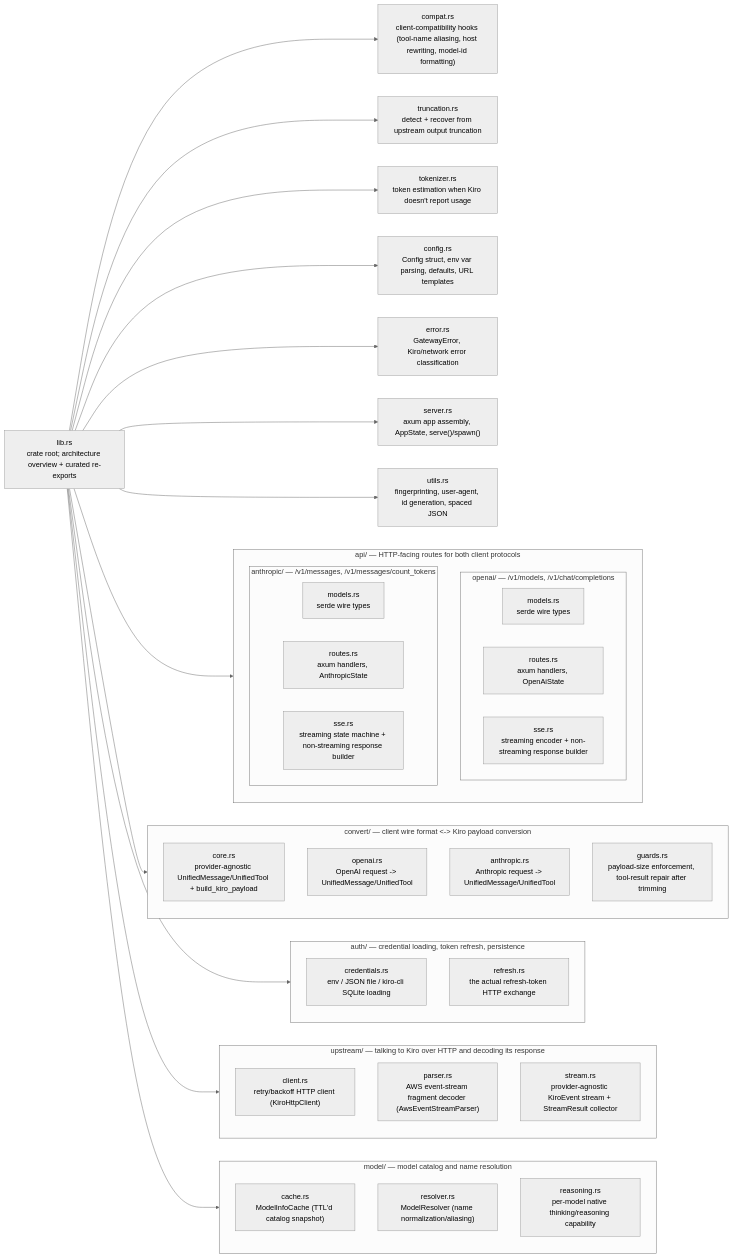
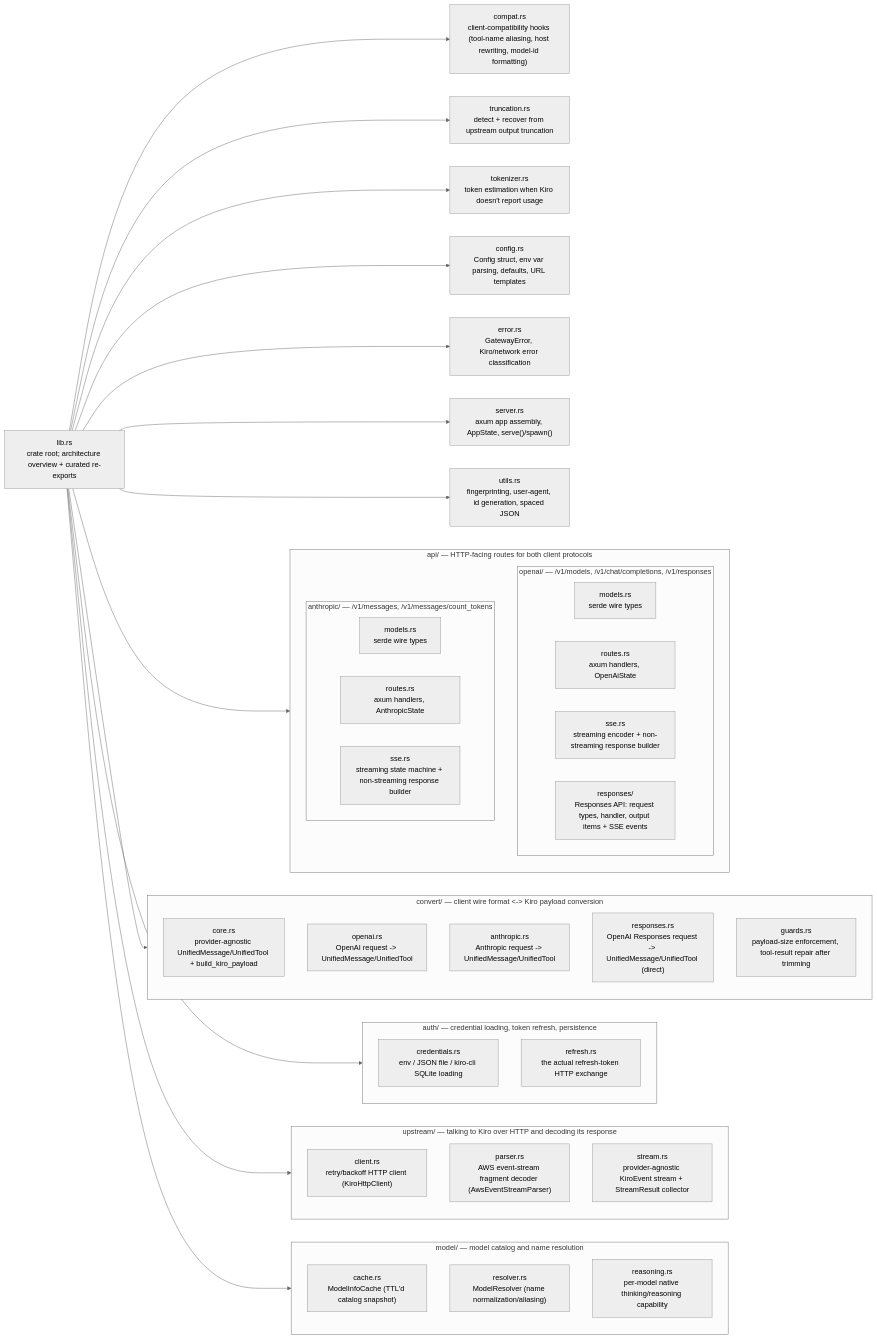
The first of 2 diagrams in docs/architecture.md (dennis0700/Lanius), drawn with Mermaid (neutral theme) before and after one commit. The commit also changed 16 other files, not shown here.

First line of the commit message:
feat(api): add OpenAI Responses API (/v1/responses)

````diff
--- a/docs/architecture.md
+++ b/docs/architecture.md
@@ -32,62 +32,64 @@
 ```mermaid
 graph LR
     lib["lib.rs<br/>crate root; architecture overview + curated re-exports"]
 
     subgraph api["api/ — HTTP-facing routes for both client protocols"]
-        subgraph api_openai["openai/ — /v1/models, /v1/chat/completions"]
+        subgraph api_openai["openai/ — /v1/models, /v1/chat/completions, /v1/responses"]
             api_openai_models["models.rs<br/>serde wire types"]
             api_openai_routes["routes.rs<br/>axum handlers, OpenAiState"]
             api_openai_sse["sse.rs<br/>streaming encoder + non-streaming response builder"]
+            api_openai_responses["responses/<br/>Responses API: request types, handler, output items + SSE events"]
         end
         subgraph api_anthropic["anthropic/ — /v1/messages, /v1/messages/count_tokens"]
             api_anthropic_models["models.rs<br/>serde wire types"]
             api_anthropic_routes["routes.rs<br/>axum handlers, AnthropicState"]
             api_anthropic_sse["sse.rs<br/>streaming state machine + non-streaming response builder"]
         end
     end
 
     subgraph convert["convert/ — client wire format &lt;-&gt; Kiro payload conversion"]
         convert_core["core.rs<br/>provider-agnostic UnifiedMessage/UnifiedTool + build_kiro_payload"]
         convert_openai["openai.rs<br/>OpenAI request -&gt; UnifiedMessage/UnifiedTool"]
         convert_anthropic["anthropic.rs<br/>Anthropic request -&gt; UnifiedMessage/UnifiedTool"]
+        convert_responses["responses.rs<br/>OpenAI Responses request -&gt; UnifiedMessage/UnifiedTool (direct)"]
         convert_guards["guards.rs<br/>payload-size enforcement, tool-result repair after trimming"]
     end
 
     subgraph auth["auth/ — credential loading, token refresh, persistence"]
         auth_credentials["credentials.rs<br/>env / JSON file / kiro-cli SQLite loading"]
         auth_refresh["refresh.rs<br/>the actual refresh-token HTTP exchange"]
     end
 
     subgraph upstream["upstream/ — talking to Kiro over HTTP and decoding its response"]
         upstream_client["client.rs<br/>retry/backoff HTTP client (KiroHttpClient)"]
         upstream_parser["parser.rs<br/>AWS event-stream fragment decoder (AwsEventStreamParser)"]
         upstream_stream["stream.rs<br/>provider-agnostic KiroEvent stream + StreamResult collector"]
     end
 
     subgraph model["model/ — model catalog and name resolution"]
         model_cache["cache.rs<br/>ModelInfoCache (TTL'd catalog snapshot)"]
         model_resolver["resolver.rs<br/>ModelResolver (name normalization/aliasing)"]
         model_reasoning["reasoning.rs<br/>per-model native thinking/reasoning capability"]
     end
 
     compat["compat.rs<br/>client-compatibility hooks (tool-name aliasing, host rewriting, model-id formatting)"]
     truncation["truncation.rs<br/>detect + recover from upstream output truncation"]
     tokenizer["tokenizer.rs<br/>token estimation when Kiro doesn't report usage"]
     config["config.rs<br/>Config struct, env var parsing, defaults, URL templates"]
     error["error.rs<br/>GatewayError, Kiro/network error classification"]
     server["server.rs<br/>axum app assembly, AppState, serve()/spawn()"]
     utils["utils.rs<br/>fingerprinting, user-agent, id generation, spaced JSON"]
 
     lib --> api
     lib --> convert
     lib --> auth
     lib --> upstream
     lib --> model
     lib --> compat
     lib --> truncation
     lib --> tokenizer
     lib --> config
     lib --> error
     lib --> server
     lib --> utils
 ```
````
